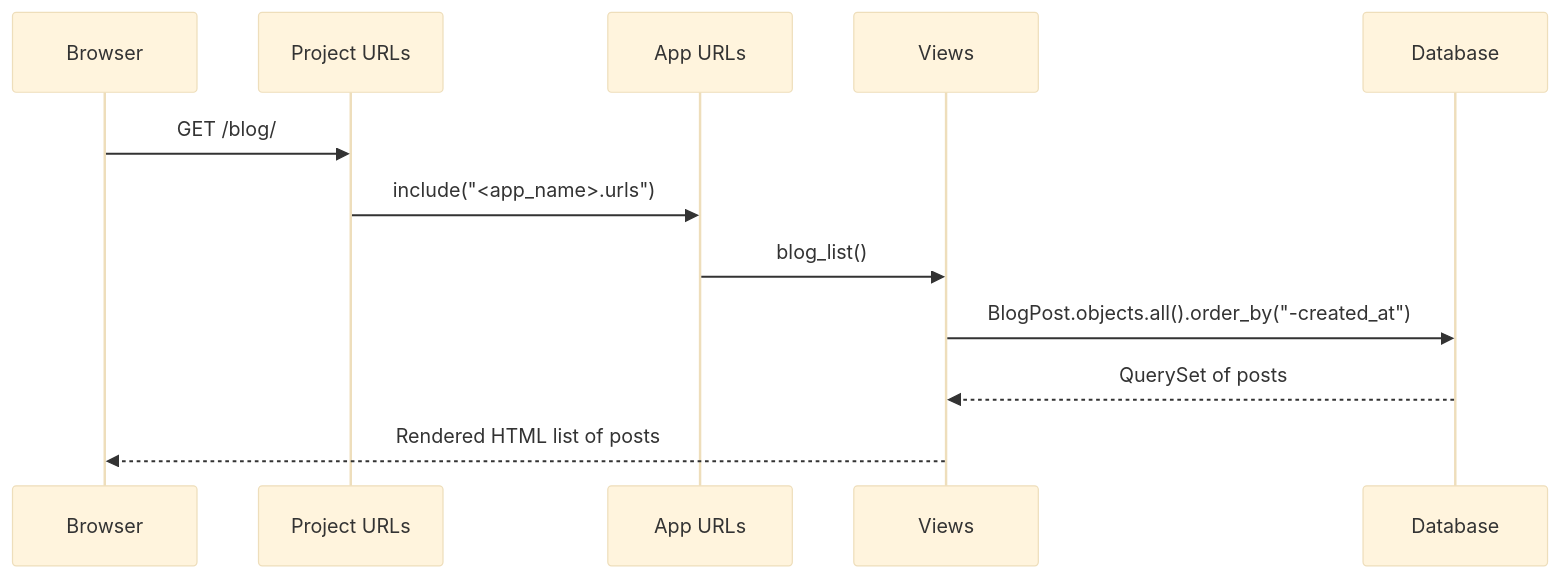
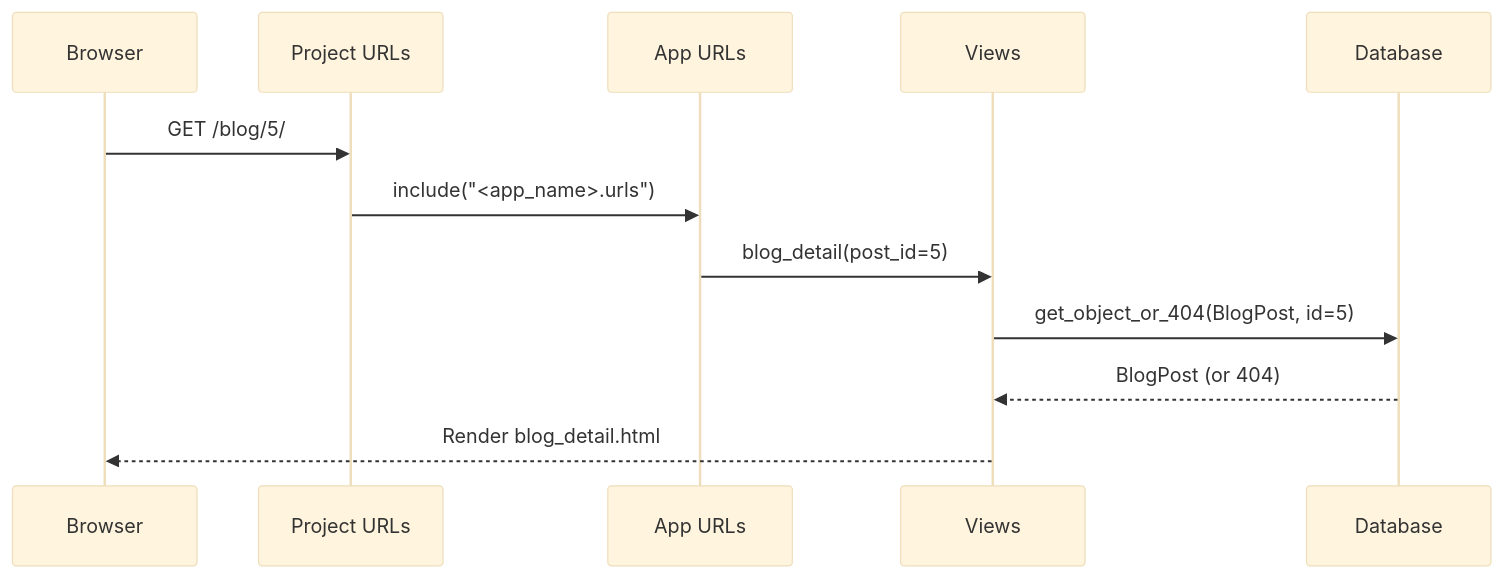
One commit to tindyc/django-quest changed the diagram in .github/ISSUE_TEMPLATE/issue-8-show-blog-posts-on-a-page.md. Above: the diagram before and after it, drawn with Mermaid (base theme). The commit also changed other lines of this file, not shown here.

````diff
--- a/.github/ISSUE_TEMPLATE/issue-8-show-blog-posts-on-a-page.md
+++ b/.github/ISSUE_TEMPLATE/issue-8-show-blog-posts-on-a-page.md
@@ -162,9 +149,9 @@
 ```mermaid
 sequenceDiagram
-    Browser->>Project URLs: GET /blog/
+    Browser->>Project URLs: GET /blog/5/
     Project URLs->>App URLs: include("<app_name>.urls")
-    App URLs->>Views: blog_list()
-    Views->>Database: BlogPost.objects.all().order_by("-created_at")
-    Database-->>Views: QuerySet of posts
-    Views-->>Browser: Rendered HTML list of posts
+    App URLs->>Views: blog_detail(post_id=5)
+    Views->>Database: get_object_or_404(BlogPost, id=5)
+    Database-->>Views: BlogPost (or 404)
+    Views-->>Browser: Render blog_detail.html
 ```
````
